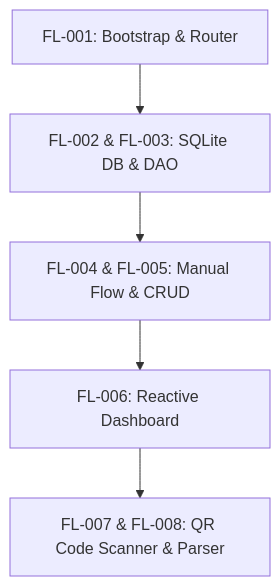
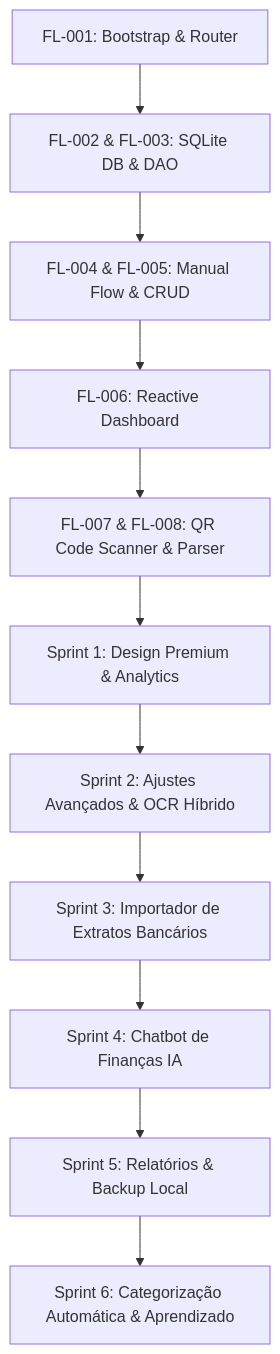
The diagram in project_documentation.md (zigfreud/flyledger), drawn with Mermaid before and after one commit. The commit also changed other lines of this file and 16 other files, not shown here.

````diff
--- a/project_documentation.md
+++ b/project_documentation.md
@@ -27,7 +27,13 @@
 ```mermaid
 graph TD
     A[FL-001: Bootstrap & Router] --> B[FL-002 & FL-003: SQLite DB & DAO]
     B --> C[FL-004 & FL-005: Manual Flow & CRUD]
     C --> D[FL-006: Reactive Dashboard]
     D --> E[FL-007 & FL-008: QR Code Scanner & Parser]
+    E --> F[Sprint 1: Design Premium & Analytics]
+    F --> G[Sprint 2: Ajustes Avançados & OCR Híbrido]
+    G --> H[Sprint 3: Importador de Extratos Bancários]
+    H --> I[Sprint 4: Chatbot de Finanças IA]
+    I --> J[Sprint 5: Relatórios & Backup Local]
+    J --> K[Sprint 6: Categorização Automática & Aprendizado]
 ```
````
